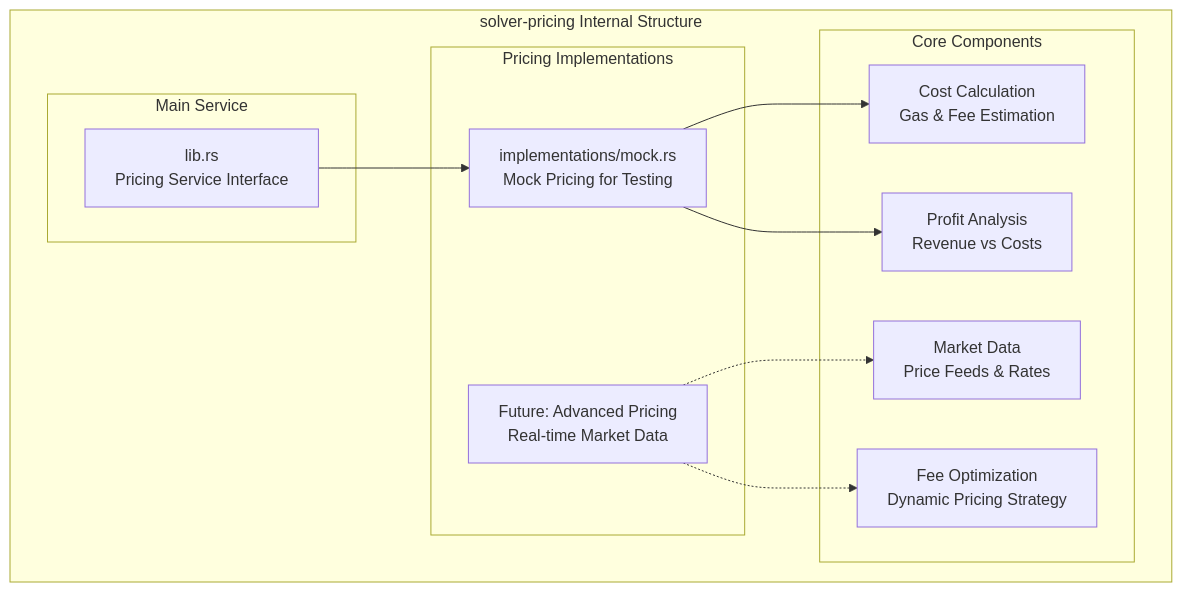
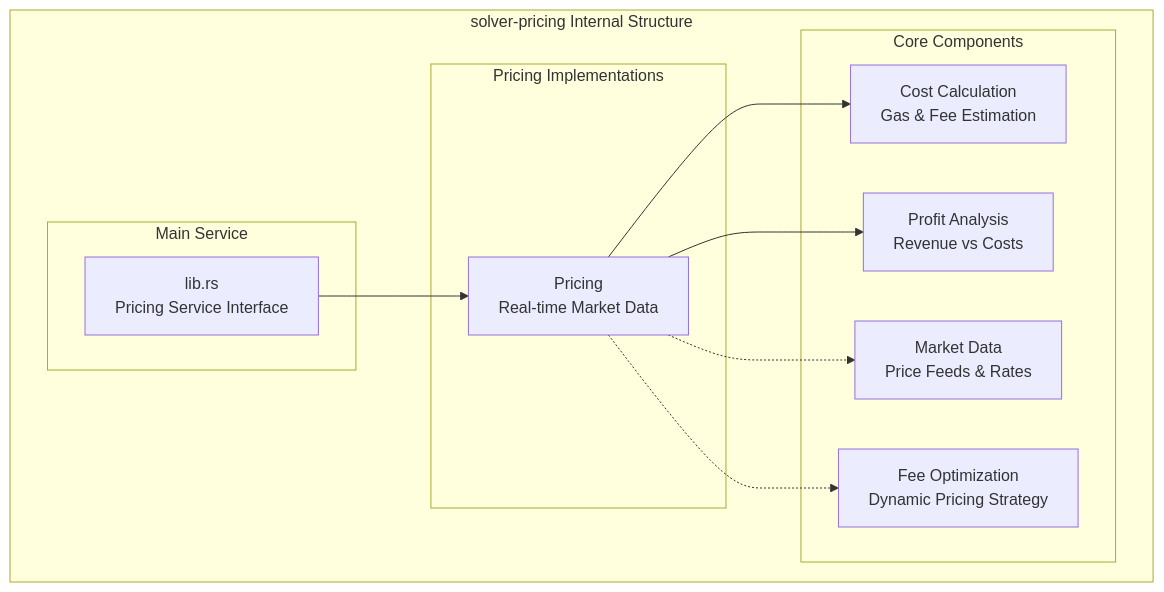
Before and after one commit to openintentsframework/oif-solver: the first of 2 diagrams in docs/developer/crates/solver-pricing.md, drawn with Mermaid. The commit also changed 4 other files, not shown here.

````diff
--- a/docs/developer/crates/solver-pricing.md
+++ b/docs/developer/crates/solver-pricing.md
@@ -9,27 +9,26 @@
 ```mermaid
 graph TB
     subgraph "solver-pricing Internal Structure"
         subgraph "Main Service"
             PricingService[lib.rs<br/>Pricing Service Interface]
         end
 
         subgraph "Pricing Implementations"
-            MockPricing[implementations/mock.rs<br/>Mock Pricing for Testing]
-            FuturePricing[Future: Advanced Pricing<br/>Real-time Market Data]
+            FuturePricing[Pricing<br/>Real-time Market Data]
         end
 
         subgraph "Core Components"
             CostCalculation[Cost Calculation<br/>Gas & Fee Estimation]
             ProfitAnalysis[Profit Analysis<br/>Revenue vs Costs]
             MarketData[Market Data<br/>Price Feeds & Rates]
             FeeOptimization[Fee Optimization<br/>Dynamic Pricing Strategy]
         end
     end
 
-    PricingService --> MockPricing
-    MockPricing --> CostCalculation
-    MockPricing --> ProfitAnalysis
+    PricingService --> FuturePricing
+    FuturePricing --> CostCalculation
+    FuturePricing --> ProfitAnalysis
 
     FuturePricing -.-> MarketData
     FuturePricing -.-> FeeOptimization
 ```
````
